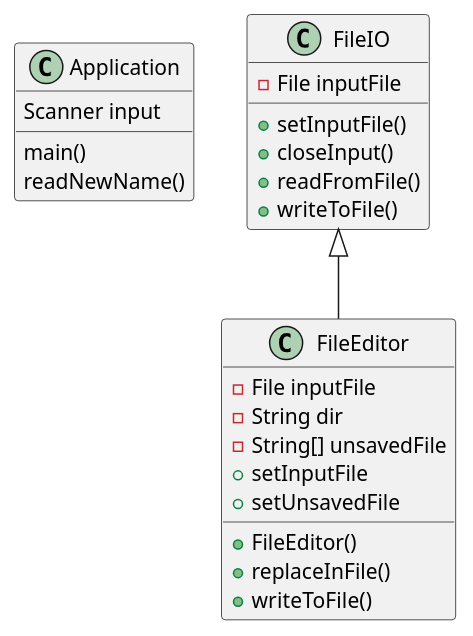
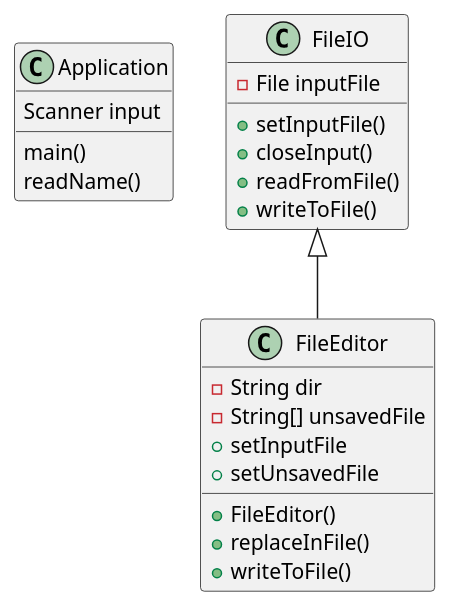
The diagram in src/main/java/ex45/base/ex45.puml (rharding8/harding-cop3330-assignment3), drawn with PlantUML before and after one commit. The commit also changed 26 other files, not shown here.

```diff
--- a/src/main/java/ex45/base/ex45.puml
+++ b/src/main/java/ex45/base/ex45.puml
@@ -1,31 +1,30 @@
 @startuml
 'https://plantuml.com/class-diagram
 
 class Application {
     Scanner input
     main()
-    readNewName()
+    readName()
 }
 
 class FileEditor {
-    -File inputFile
     -String dir
     -String[] unsavedFile
     +FileEditor()
     +setInputFile
     +setUnsavedFile
     +replaceInFile()
     +writeToFile()
 }
 
 class FileIO {
     -File inputFile
     +setInputFile()
     +closeInput()
     +readFromFile()
     +writeToFile()
 }
 
 FileIO <|-- FileEditor
 
 @enduml
```
